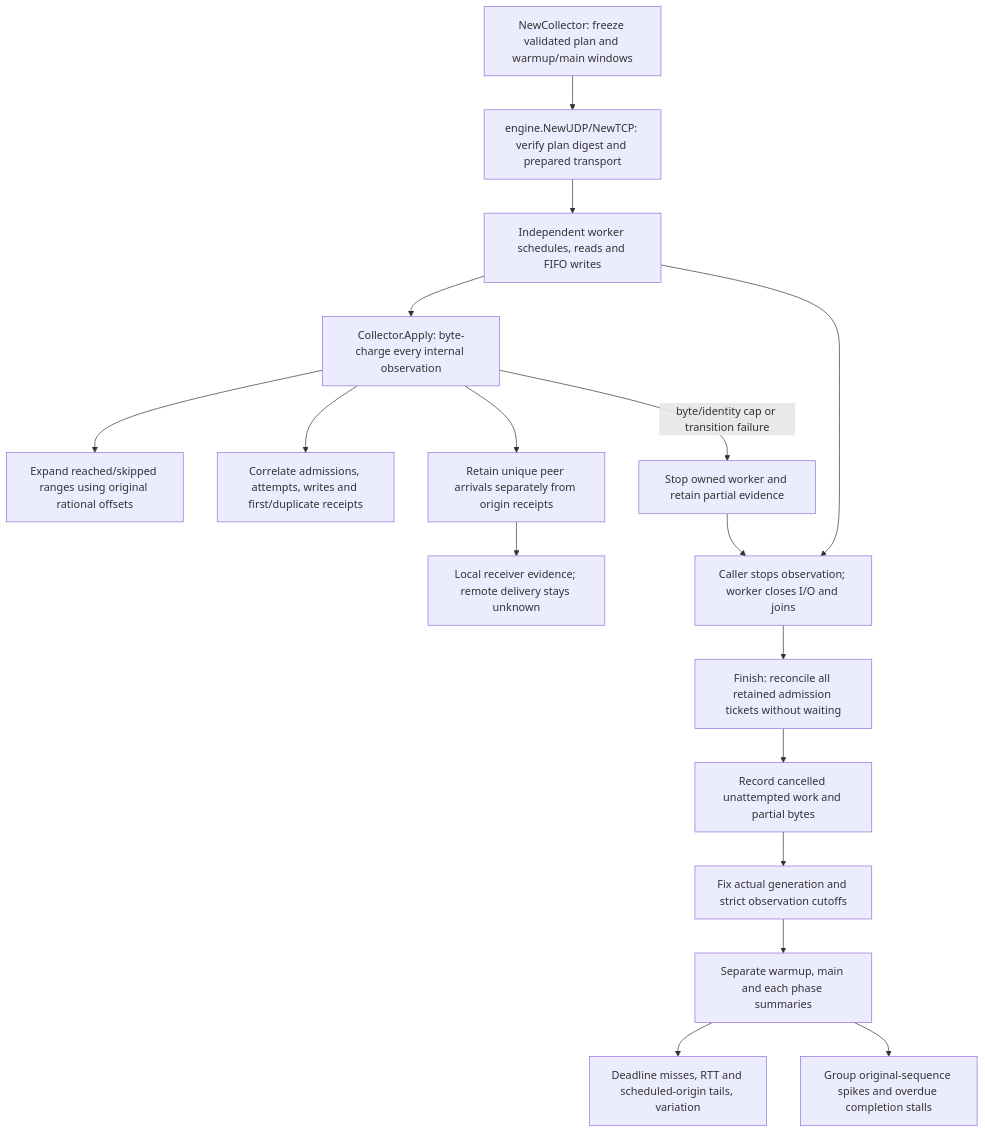
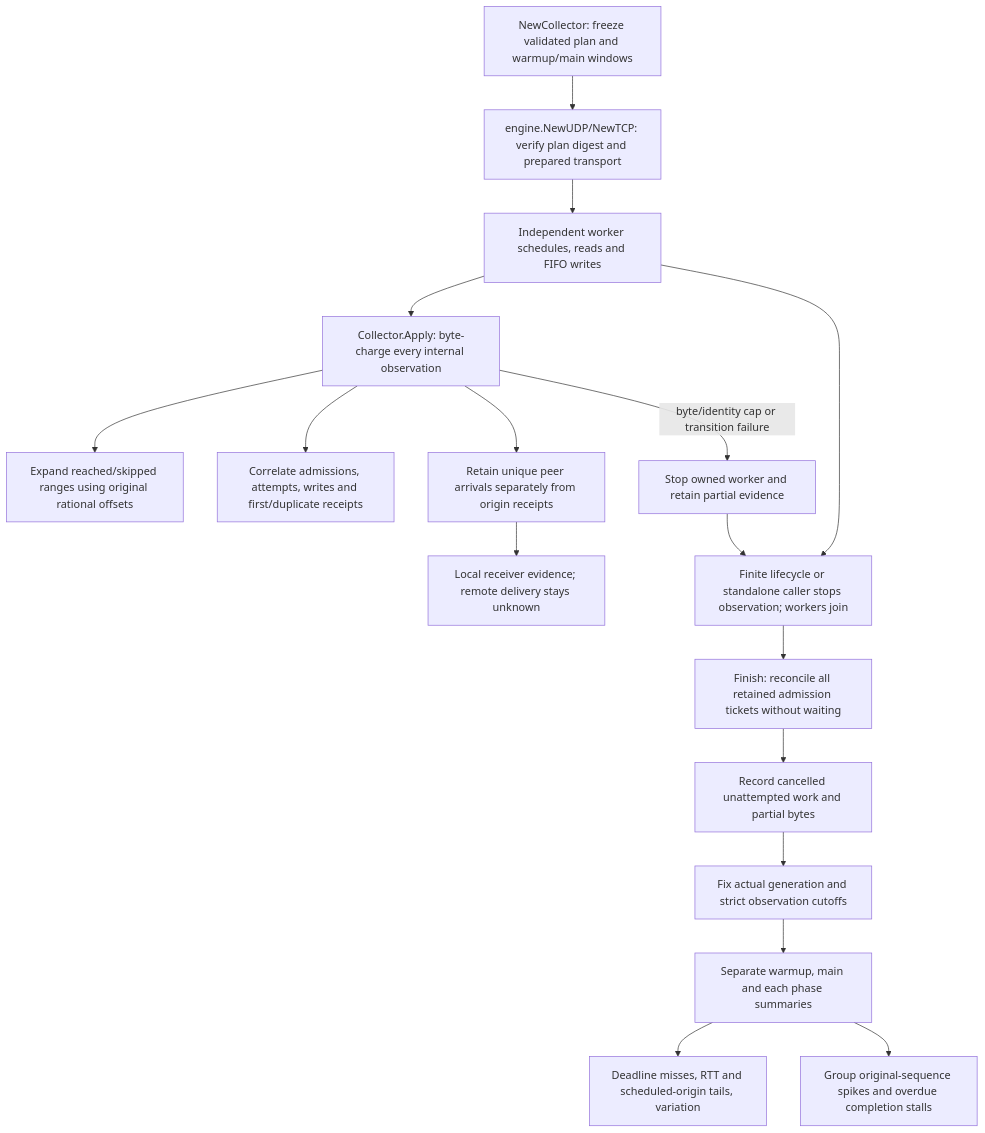
The seventh of 10 diagrams in FLOWCHART.md (rashidbestry/sneaky-port), drawn with Mermaid before and after one commit. The commit also changed other lines of this file and 18 other files, not shown here.

````diff
--- a/FLOWCHART.md
+++ b/FLOWCHART.md
@@ -159,19 +186,19 @@
 ```mermaid
 flowchart TD
     A[NewCollector: freeze validated plan and warmup/main windows] --> B[engine.NewUDP/NewTCP: verify plan digest and prepared transport]
     B --> C[Independent worker schedules, reads and FIFO writes]
     C --> D[Collector.Apply: byte-charge every internal observation]
     D --> E[Expand reached/skipped ranges using original rational offsets]
     D --> F[Correlate admissions, attempts, writes and first/duplicate receipts]
     D --> G[Retain unique peer arrivals separately from origin receipts]
     D -->|byte/identity cap or transition failure| H[Stop owned worker and retain partial evidence]
-    C --> I[Caller stops observation; worker closes I/O and joins]
+    C --> I[Finite lifecycle or standalone caller stops observation; workers join]
     H --> I
     I --> J[Finish: reconcile all retained admission tickets without waiting]
     J --> K[Record cancelled unattempted work and partial bytes]
     K --> L[Fix actual generation and strict observation cutoffs]
     L --> M[Separate warmup, main and each phase summaries]
     M --> N[Deadline misses, RTT and scheduled-origin tails, variation]
     M --> O[Group original-sequence spikes and overdue completion stalls]
     G --> P[Local receiver evidence; remote delivery stays unknown]
 ```
````
